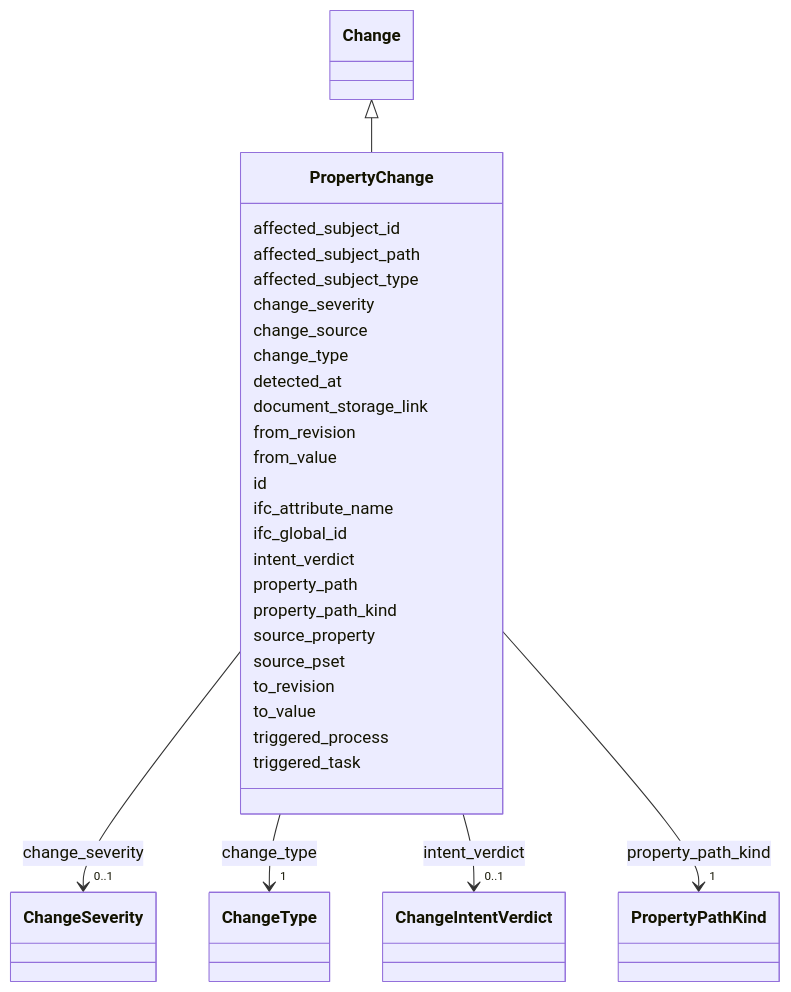
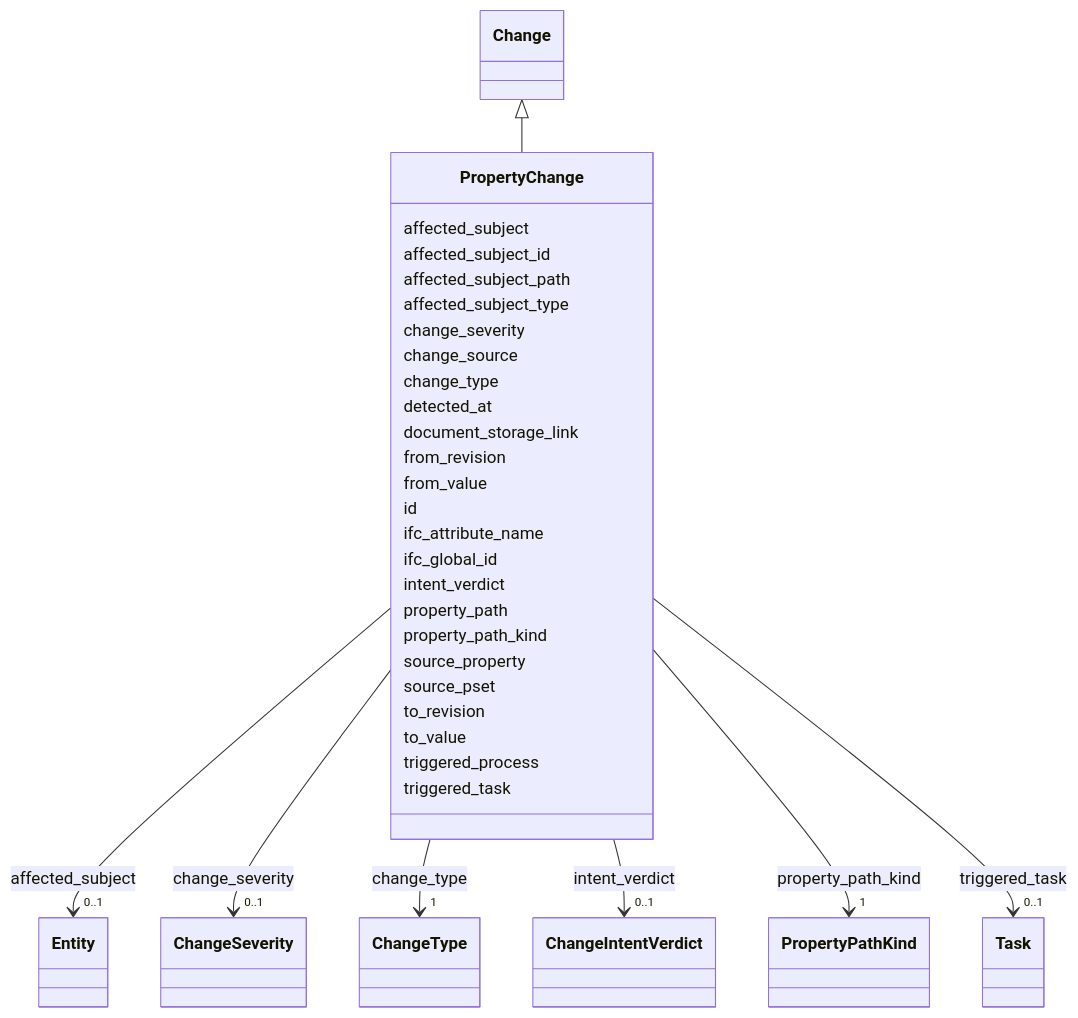
Before and after one commit to simondilhas/pragmatic-bim-data-contract: the diagram in schema/.md-src/PropertyChange.md, drawn with Mermaid. The commit also changed other lines of this file and 1888 other files, not shown here.

````diff
--- a/schema/.md-src/PropertyChange.md
+++ b/schema/.md-src/PropertyChange.md
@@ -23,37 +23,42 @@
 ```mermaid
  classDiagram
     class PropertyChange
     click PropertyChange href "./PropertyChange.html"
       Change <|-- PropertyChange
         click Change href "./Change.html"
+      PropertyChange : affected_subject
+        PropertyChange --> "0..1" Entity : affected_subject
+        click Entity href "./Entity.html"
       PropertyChange : affected_subject_id
       PropertyChange : affected_subject_path
       PropertyChange : affected_subject_type
       PropertyChange : change_severity
         PropertyChange --> "0..1" ChangeSeverity : change_severity
         click ChangeSeverity href "./ChangeSeverity.html"
       PropertyChange : change_source
       PropertyChange : change_type
         PropertyChange --> "1" ChangeType : change_type
         click ChangeType href "./ChangeType.html"
       PropertyChange : detected_at
       PropertyChange : document_storage_link
       PropertyChange : from_revision
       PropertyChange : from_value
       PropertyChange : id
       PropertyChange : ifc_attribute_name
       PropertyChange : ifc_global_id
       PropertyChange : intent_verdict
         PropertyChange --> "0..1" ChangeIntentVerdict : intent_verdict
         click ChangeIntentVerdict href "./ChangeIntentVerdict.html"
       PropertyChange : property_path
       PropertyChange : property_path_kind
         PropertyChange --> "1" PropertyPathKind : property_path_kind
         click PropertyPathKind href "./PropertyPathKind.html"
       PropertyChange : source_property
       PropertyChange : source_pset
       PropertyChange : to_revision
       PropertyChange : to_value
       PropertyChange : triggered_process
       PropertyChange : triggered_task
+        PropertyChange --> "0..1" Task : triggered_task
+        click Task href "./Task.html"
 ```
````
